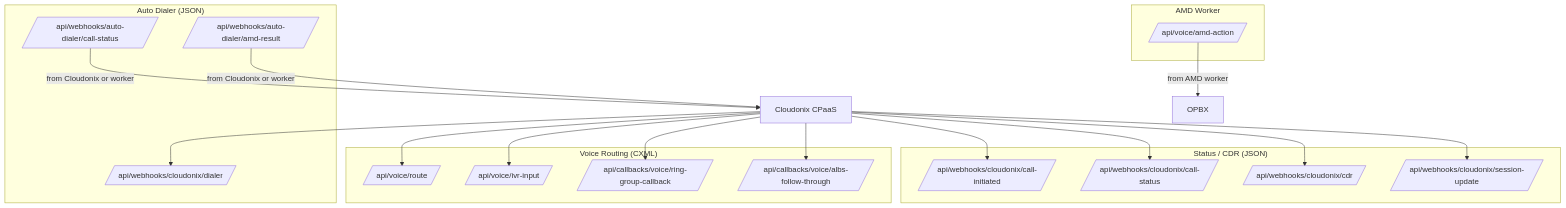
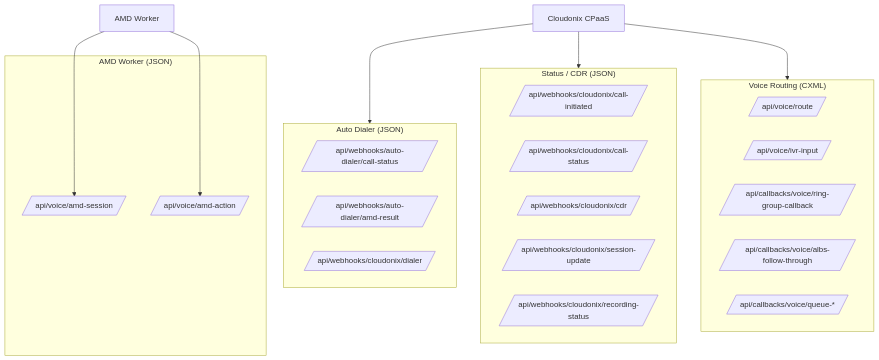
Before and after one commit to greenfieldtech-nirs/opbx: the diagram in docs/opbx-userguide/architecture/webhooks.mdx, drawn with Mermaid. The commit also changed other lines of this file and 5 other files, not shown here.

Commit message:
docs(guide): architecture matches the current stack

````diff
--- a/docs/opbx-userguide/architecture/webhooks.mdx
+++ b/docs/opbx-userguide/architecture/webhooks.mdx
@@ -182,41 +202,38 @@
 ```mermaid
 flowchart TD
     Cloudonix[Cloudonix CPaaS]
+    AMDW[AMD Worker]
 
     subgraph Voice["Voice Routing (CXML)"]
         VR[/api/voice/route/]
         IV[/api/voice/ivr-input/]
         RG[/api/callbacks/voice/ring-group-callback/]
         ALB[/api/callbacks/voice/albs-follow-through/]
+        QP[/api/callbacks/voice/queue-*/]
     end
 
     subgraph Status["Status / CDR (JSON)"]
         CI[/api/webhooks/cloudonix/call-initiated/]
         CS[/api/webhooks/cloudonix/call-status/]
         CDR[/api/webhooks/cloudonix/cdr/]
         SU[/api/webhooks/cloudonix/session-update/]
+        RS[/api/webhooks/cloudonix/recording-status/]
     end
 
     subgraph Dialer["Auto Dialer (JSON)"]
         DCS[/api/webhooks/auto-dialer/call-status/]
         DAMD[/api/webhooks/auto-dialer/amd-result/]
         DPR[/api/webhooks/cloudonix/dialer/]
     end
 
-    subgraph AMD["AMD Worker"]
+    subgraph AMD["AMD Worker (JSON)"]
+        AMDS[/api/voice/amd-session/]
         AMDA[/api/voice/amd-action/]
     end
 
-    Cloudonix --> VR
-    Cloudonix --> IV
-    Cloudonix --> RG
-    Cloudonix --> ALB
-    Cloudonix --> CI
-    Cloudonix --> CS
-    Cloudonix --> CDR
-    Cloudonix --> SU
-    Cloudonix --> DPR
-    DCS -->|from Cloudonix or worker| Cloudonix
-    DAMD -->|from Cloudonix or worker| Cloudonix
-    AMDA -->|from AMD worker| OPBX
+    Cloudonix --> Voice
+    Cloudonix --> Status
+    Cloudonix --> Dialer
+    AMDW --> AMDS
+    AMDW --> AMDA
 ```
````
